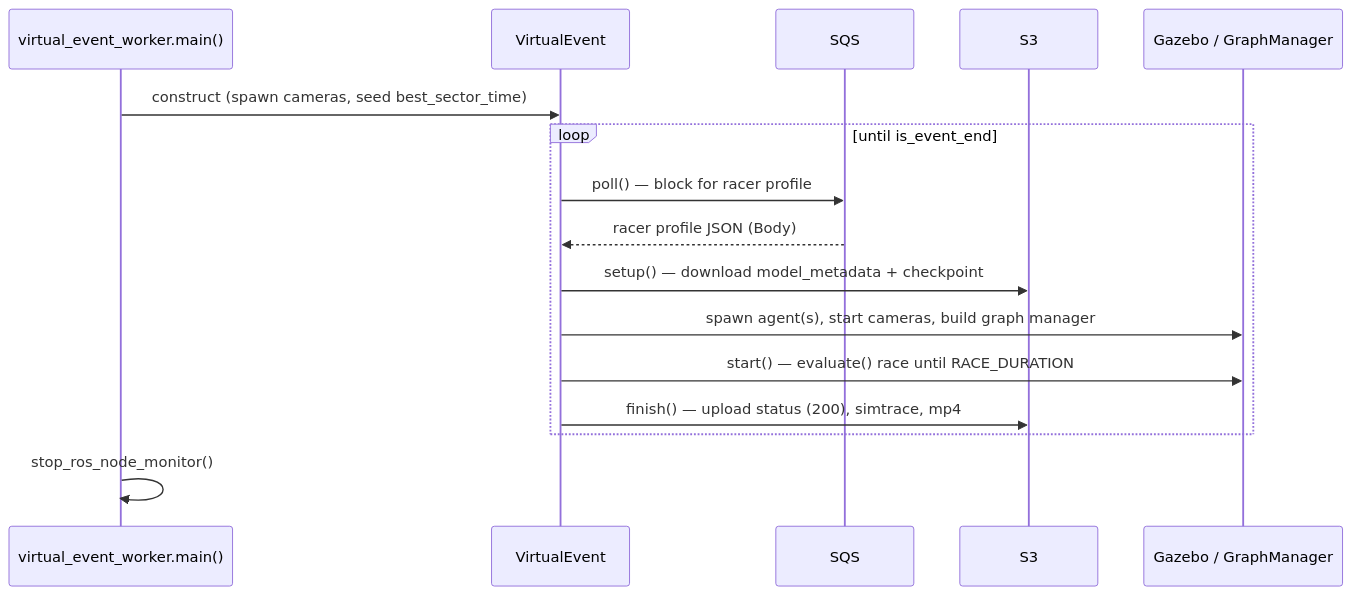
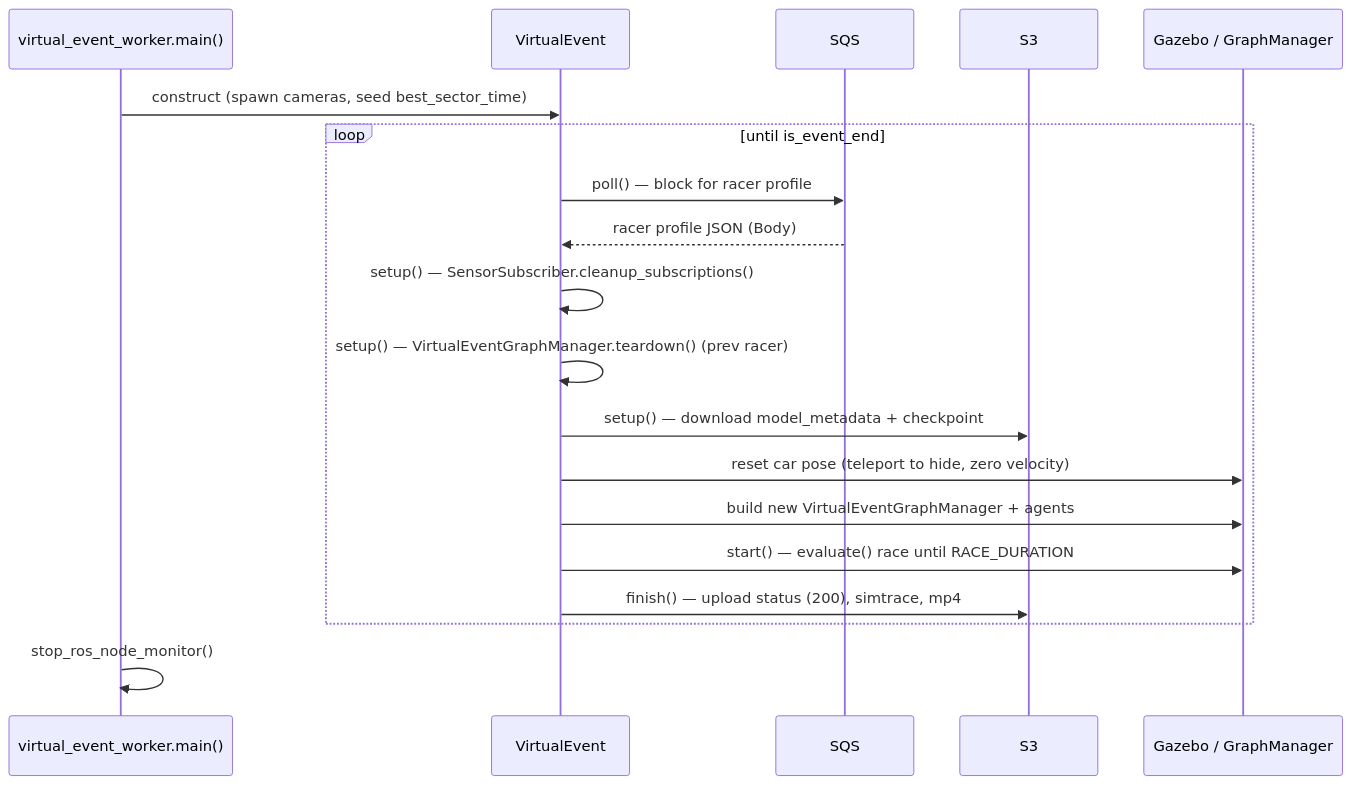
Before and after one commit to aws-deepracer-community/deepracer-simapp: the second of 5 diagrams in docs/virtual.md, drawn with Mermaid. The commit also changed other lines of this file and 1 other file, not shown here.

````diff
--- a/docs/virtual.md
+++ b/docs/virtual.md
@@ -42,19 +42,22 @@
 ```mermaid
 sequenceDiagram
     participant M as virtual_event_worker.main()
     participant V as VirtualEvent
     participant SQS
     participant S3
     participant G as Gazebo / GraphManager
 
     M->>V: construct (spawn cameras, seed best_sector_time)
     loop until is_event_end
         V->>SQS: poll() — block for racer profile
         SQS-->>V: racer profile JSON (Body)
+        V->>V: setup() — SensorSubscriber.cleanup_subscriptions()
+        V->>V: setup() — VirtualEventGraphManager.teardown() (prev racer)
         V->>S3: setup() — download model_metadata + checkpoint
-        V->>G: spawn agent(s), start cameras, build graph manager
+        V->>G: reset car pose (teleport to hide, zero velocity)
+        V->>G: build new VirtualEventGraphManager + agents
         V->>G: start() — evaluate() race until RACE_DURATION
         V->>S3: finish() — upload status (200), simtrace, mp4
     end
     M->>M: stop_ros_node_monitor()
 ```
````
